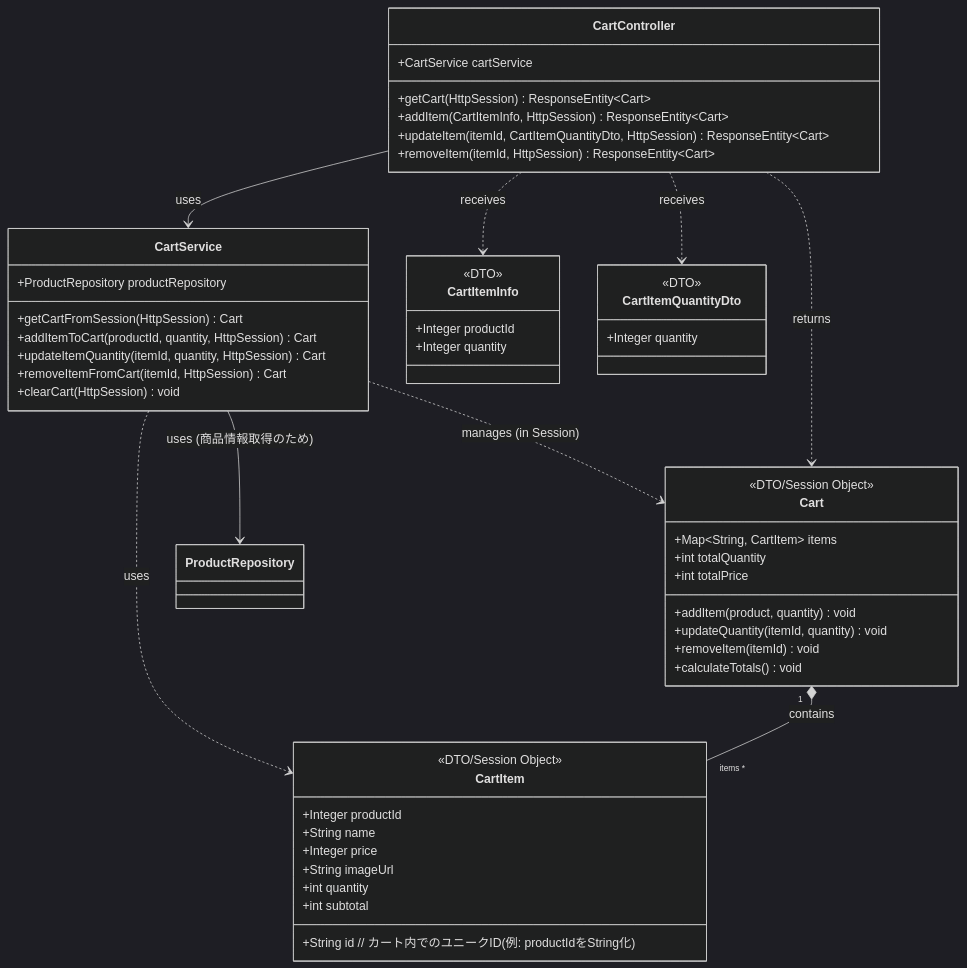
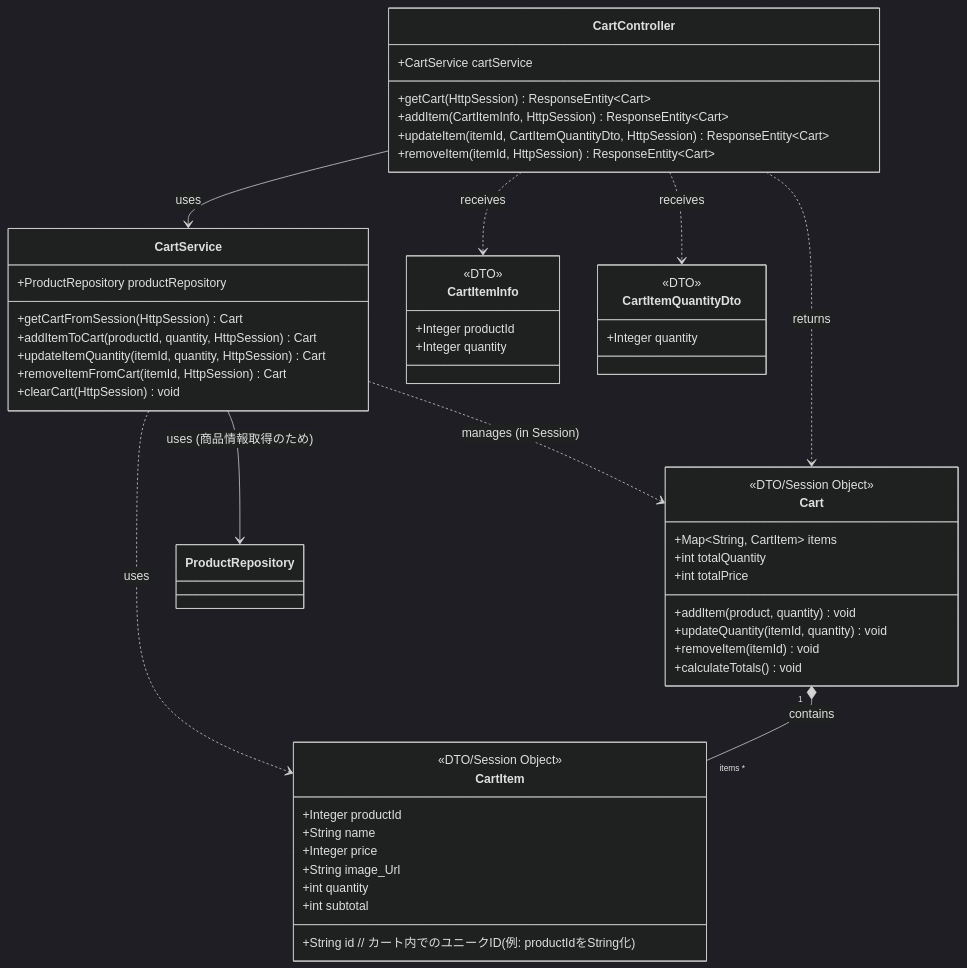
One commit to Rikumt12/Popcorn changed the ninth of 13 diagrams in 詳細設計書/詳細設計書.md. Above: the diagram before and after it, drawn with Mermaid (dark theme). The commit also changed other lines of this file and 1 other file, not shown here.

````diff
--- a/詳細設計書/詳細設計書.md
+++ b/詳細設計書/詳細設計書.md
@@ -415,57 +418,57 @@
 ```mermaid
 classDiagram
     class CartController {
         +CartService cartService
         +getCart(HttpSession) ResponseEntity~Cart~
         +addItem(CartItemInfo, HttpSession) ResponseEntity~Cart~
         +updateItem(itemId, CartItemQuantityDto, HttpSession) ResponseEntity~Cart~
         +removeItem(itemId, HttpSession) ResponseEntity~Cart~
     }
     class CartService {
         +ProductRepository productRepository
         +getCartFromSession(HttpSession) Cart
         +addItemToCart(productId, quantity, HttpSession) Cart
         +updateItemQuantity(itemId, quantity, HttpSession) Cart
         +removeItemFromCart(itemId, HttpSession) Cart
         +clearCart(HttpSession) void
     }
     class Cart {
         <<DTO/Session Object>>
         +Map~String, CartItem~ items
         +int totalQuantity
         +int totalPrice
         +addItem(product, quantity) void
         +updateQuantity(itemId, quantity) void
         +removeItem(itemId) void
         +calculateTotals() void
     }
     class CartItem {
         <<DTO/Session Object>>
         +String id  // カート内でのユニークID (例: productIdをString化)
         +Integer productId
         +String name
         +Integer price
-        +String imageUrl
+        +String image_Url
         +int quantity
         +int subtotal
     }
     class CartItemInfo{
         <<DTO>>
         +Integer productId
         +Integer quantity
     }
      class CartItemQuantityDto{
         <<DTO>>
         +Integer quantity
     }
 
 
     CartController --> CartService : uses
     CartService --> ProductRepository : uses (商品情報取得のため)
     CartService ..> Cart : manages (in Session)
     CartService ..> CartItem : uses
     Cart "1" *-- "items *" CartItem : contains
     CartController ..> Cart : returns
     CartController ..> CartItemInfo : receives
     CartController ..> CartItemQuantityDto : receives
 ```
````
